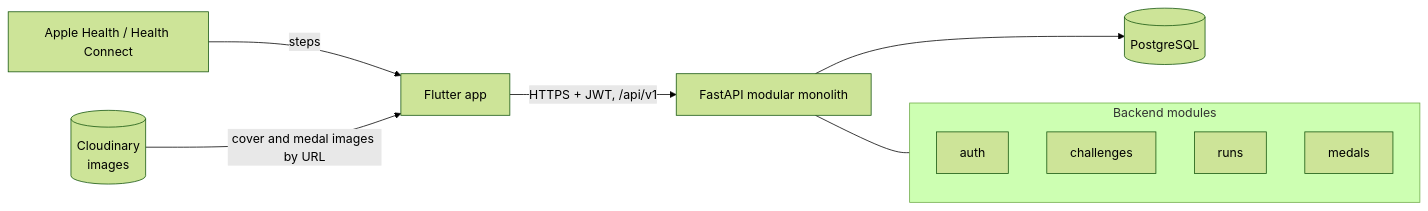
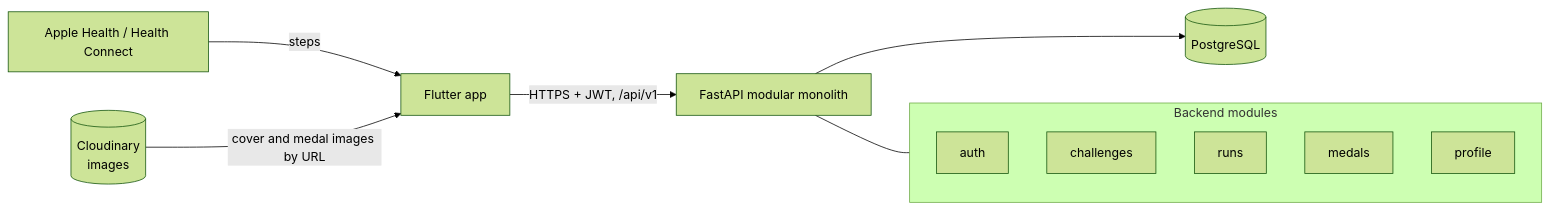
Before and after one commit to huynguyennang-agilityio/claude-code-training: the first of 9 diagrams in docs/architecture.md, drawn with Mermaid (forest theme). The commit also changed other lines of this file and 14 other files, not shown here.

````diff
--- a/docs/architecture.md
+++ b/docs/architecture.md
@@ -11,14 +11,15 @@
 ```mermaid
 flowchart LR
     HK["Apple Health / Health Connect"] -->|steps| APP["Flutter app"]
     APP -->|"HTTPS + JWT, /api/v1"| API["FastAPI modular monolith"]
     API --> DB[("PostgreSQL")]
     IMG[("Cloudinary<br/>images")] -->|"cover and medal images by URL"| APP
     subgraph API_MODULES["Backend modules"]
         AUTH["auth"]
         CH["challenges"]
         RUNS["runs"]
         MED["medals"]
+        PROF["profile"]
     end
     API --- API_MODULES
 ```
````
